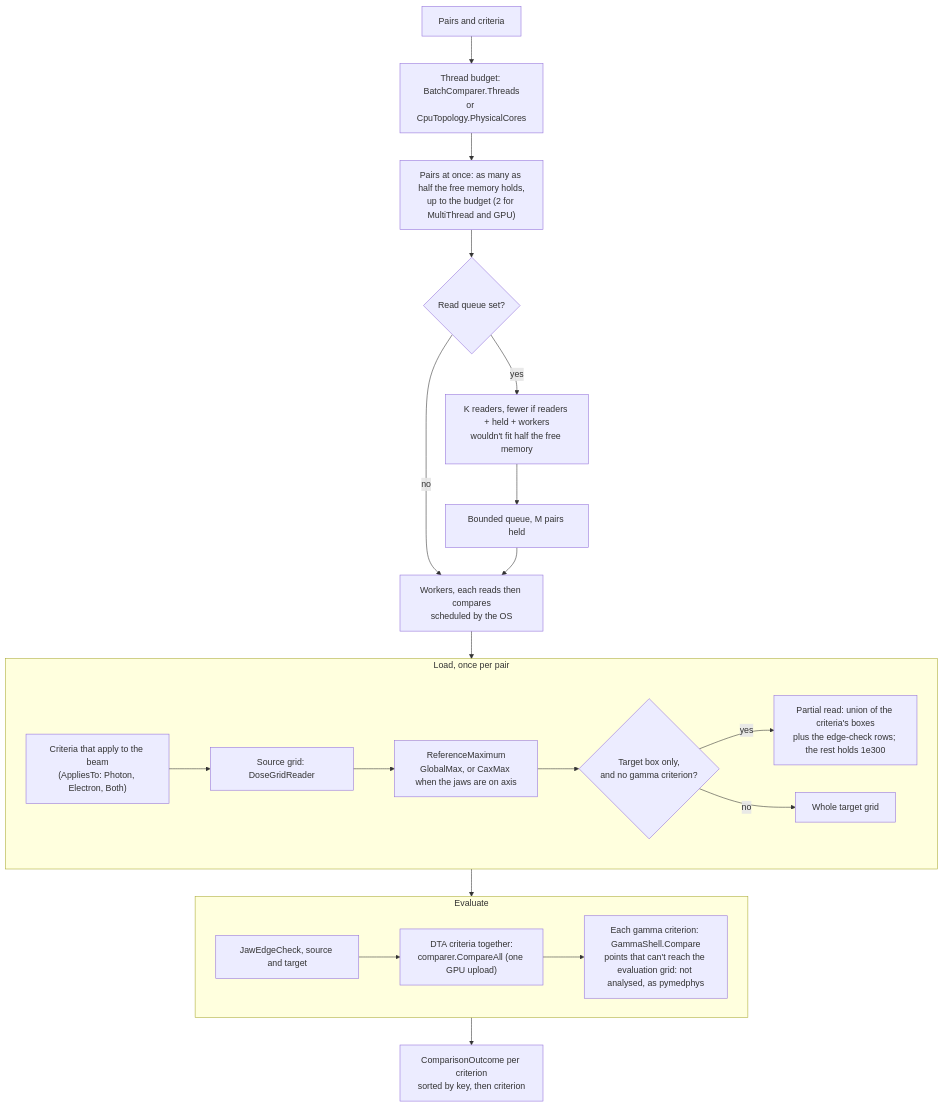
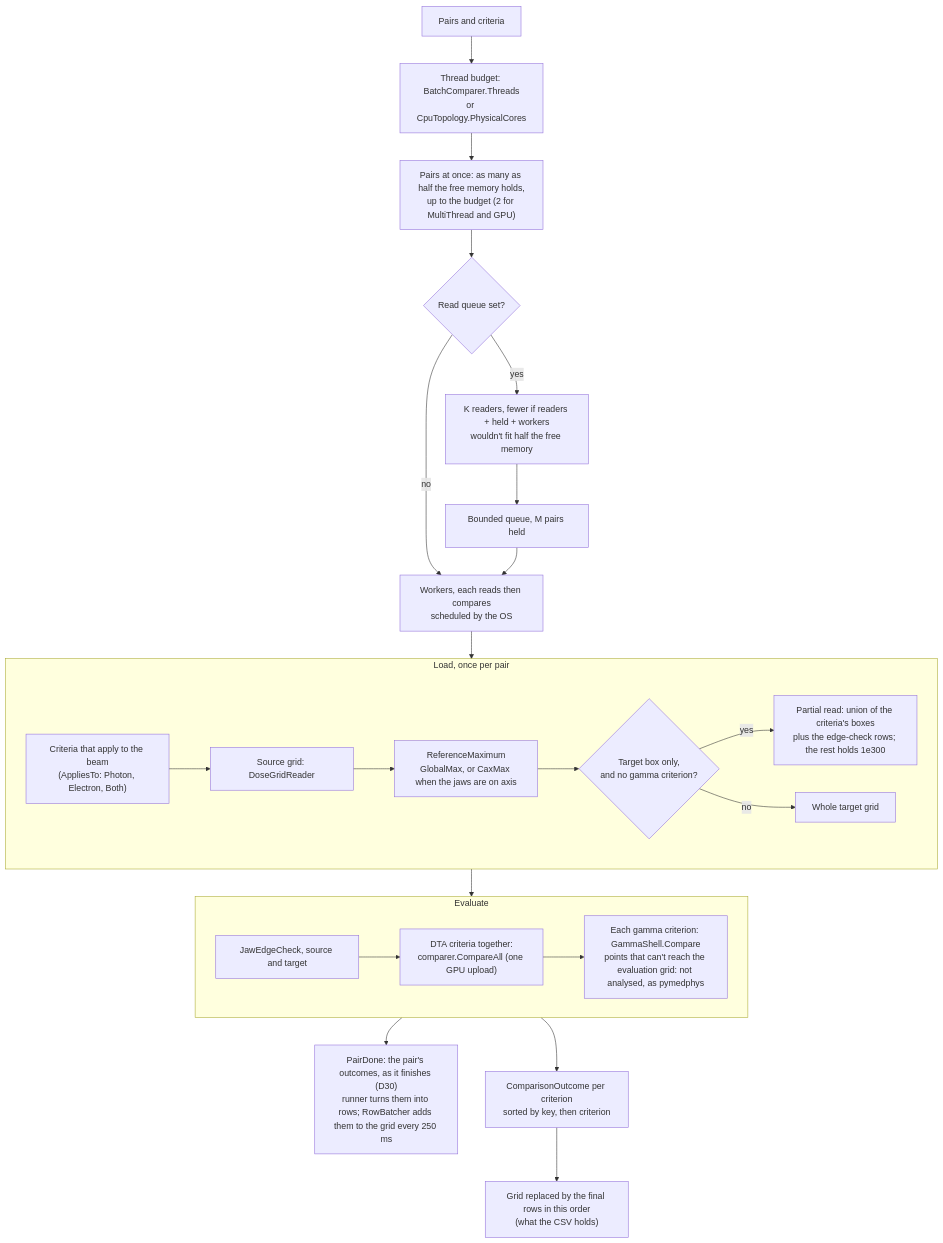
One commit to crcrewso/DicomStrictCompare changed the second of 4 diagrams in design/data-flow.md. Above: the diagram before and after it, drawn with Mermaid. The commit also changed 11 other files, not shown here.

````diff
--- a/design/data-flow.md
+++ b/design/data-flow.md
@@ -30,22 +30,24 @@
 ```mermaid
 flowchart TD
     pairs["Pairs and criteria"] --> budget["Thread budget: BatchComparer.Threads<br/>or CpuTopology.PhysicalCores"]
     budget --> atonce["Pairs at once: as many as half the free memory holds,<br/>up to the budget (2 for MultiThread and GPU)"]
     atonce --> mode{"Read queue set?"}
     mode -- no --> workers["Workers, each reads then compares<br/>scheduled by the OS"]
     mode -- yes --> readers["K readers, fewer if readers + held + workers<br/>wouldn't fit half the free memory"] --> channel["Bounded queue, M pairs held"] --> workers
     workers --> load
     subgraph load["Load, once per pair"]
         applies["Criteria that apply to the beam<br/>(AppliesTo: Photon, Electron, Both)"] --> src["Source grid: DoseGridReader"]
         src --> max["ReferenceMaximum<br/>GlobalMax, or CaxMax when the jaws are on axis"]
         max --> tgt{"Target box only,<br/>and no gamma criterion?"}
         tgt -- yes --> part["Partial read: union of the criteria's boxes<br/>plus the edge-check rows; the rest holds 1e300"]
         tgt -- no --> whole["Whole target grid"]
     end
     load --> evaluate
     subgraph evaluate["Evaluate"]
         edges["JawEdgeCheck, source and target"] --> dta["DTA criteria together:<br/>comparer.CompareAll (one GPU upload)"]
         dta --> gamma["Each gamma criterion: GammaShell.Compare<br/>points that can't reach the evaluation grid: not analysed, as pymedphys"]
     end
+    evaluate --> done["PairDone: the pair's outcomes, as it finishes (D30)<br/>runner turns them into rows; RowBatcher adds them to the grid every 250 ms"]
     evaluate --> outcomes["ComparisonOutcome per criterion<br/>sorted by key, then criterion"]
+    outcomes --> final["Grid replaced by the final rows in this order<br/>(what the CSV holds)"]
 ```
````
